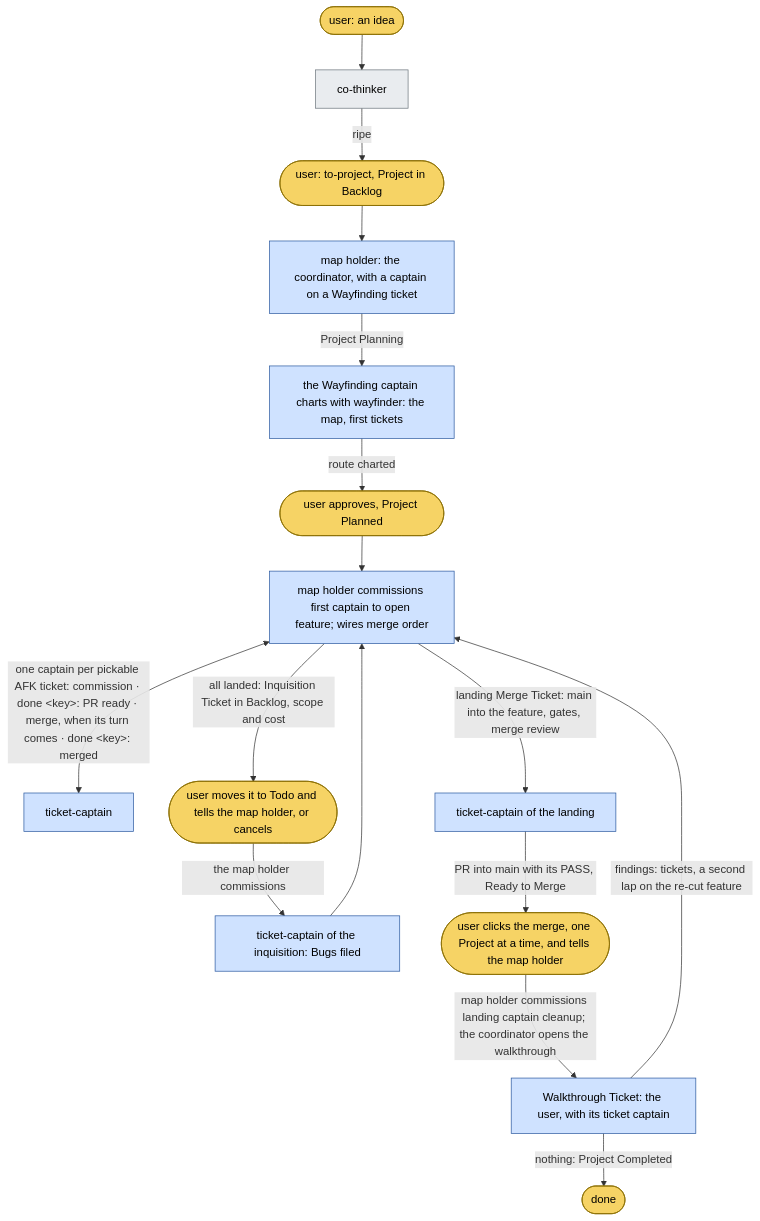
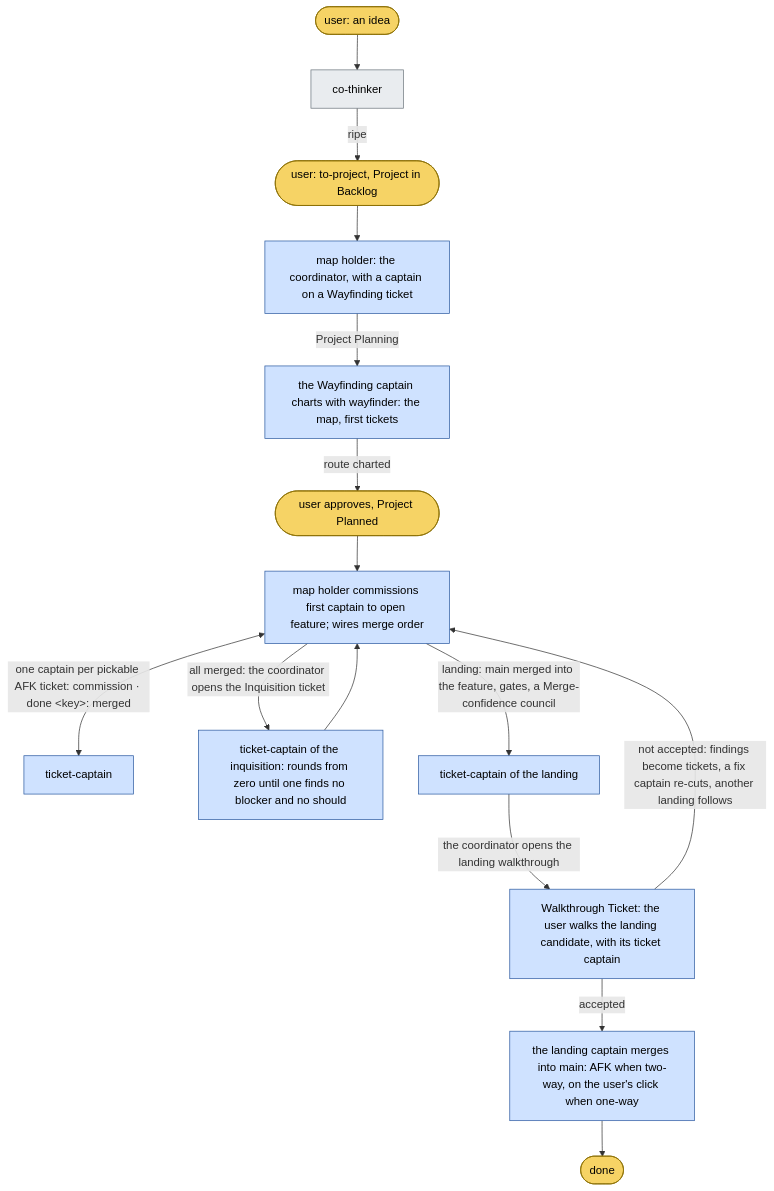
The first of 2 diagrams in README.md (BalazsOrg/dydo), drawn with Mermaid before and after one commit. The commit also changed other lines of this file and 20 other files, not shown here.

Commit message:
DYD-1333 fix: every role spine requires When things go wrong, emphasised skill names are checked, the muster lists thread links and readiness, R9 escalates at once, the obsolete flows reconciled, the tribunal's DR-grade exclusion, proof branches retained (r2 B7 R2-B1 S7 R2-S1 R2-S2 R2-S3 R2-S4)

````diff
--- a/README.md
+++ b/README.md
@@ -85,24 +85,23 @@
 ```mermaid
 flowchart TD
   classDef human fill:#f6d365,stroke:#8a6d00,color:#000
   classDef session fill:#e9ecef,stroke:#6c757d,color:#000
   classDef officer fill:#cfe2ff,stroke:#2c5aa0,color:#000
   classDef crew fill:#d4edda,stroke:#2e7d32,color:#000
   classDef reviewer fill:#f8d7da,stroke:#a71d2a,color:#000
 
   H0([user: an idea]):::human --> CT[co-thinker]:::session
   CT -->|ripe| TP([user: to-project, Project in Backlog]):::human
   TP --> AD[map holder: the coordinator, with a captain on a Wayfinding ticket]:::officer
   AD -->|Project Planning| PP[the Wayfinding captain charts with wayfinder: the map, first tickets]:::officer
   PP -->|route charted| H1([user approves, Project Planned]):::human
   H1 --> OP[map holder commissions first captain to open feature; wires merge order]:::officer
-  OP <-->|"one captain per pickable AFK ticket: commission · done &lt;key&gt;: PR ready · merge, when its turn comes · done &lt;key&gt;: merged"| IC[ticket-captain]:::officer
-  OP -->|all landed: Inquisition Ticket in Backlog, scope and cost| H2([user moves it to Todo and tells the map holder, or cancels]):::human
-  H2 -->|the map holder commissions| IQ[ticket-captain of the inquisition: Bugs filed]:::officer
+  OP <-->|"one captain per pickable AFK ticket: commission · done &lt;key&gt;: merged"| IC[ticket-captain]:::officer
+  OP -->|all merged: the coordinator opens the Inquisition ticket| IQ[ticket-captain of the inquisition: rounds from zero until one finds no blocker and no should]:::officer
   IQ --> OP
-  OP -->|landing Merge Ticket: main into the feature, gates, merge review| LM[ticket-captain of the landing]:::officer
-  LM -->|PR into main with its PASS, Ready to Merge| H3([user clicks the merge, one Project at a time, and tells the map holder]):::human
-  H3 -->|map holder commissions landing captain cleanup; the coordinator opens the walkthrough| WT[Walkthrough Ticket: the user, with its ticket captain]:::officer
-  WT -->|findings: tickets, a second lap on the re-cut feature| OP
-  WT -->|nothing: Project Completed| END([done]):::human
+  OP -->|landing: main merged into the feature, gates, a Merge-confidence council| LM[ticket-captain of the landing]:::officer
+  LM -->|the coordinator opens the landing walkthrough| WT[Walkthrough Ticket: the user walks the landing candidate, with its ticket captain]:::officer
+  WT -->|not accepted: findings become tickets, a fix captain re-cuts, another landing follows| OP
+  WT -->|accepted| MR[the landing captain merges into main: AFK when two-way, on the user's click when one-way]:::officer
+  MR --> END([done]):::human
 ```
````
